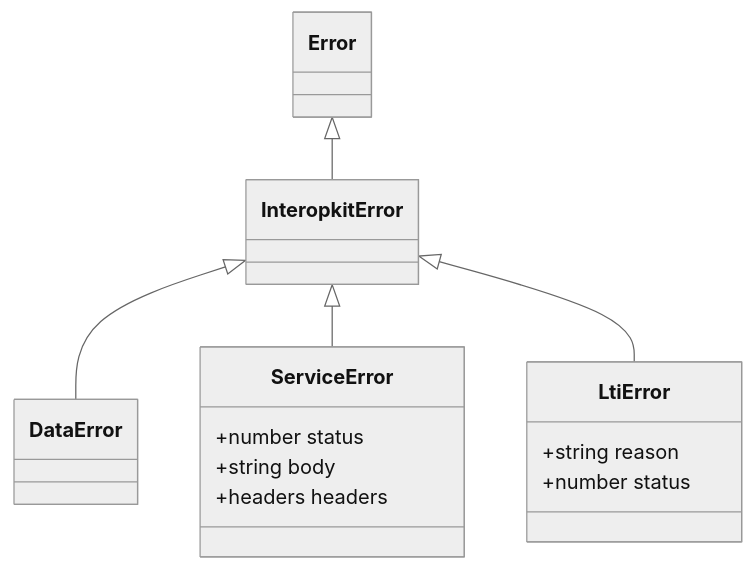
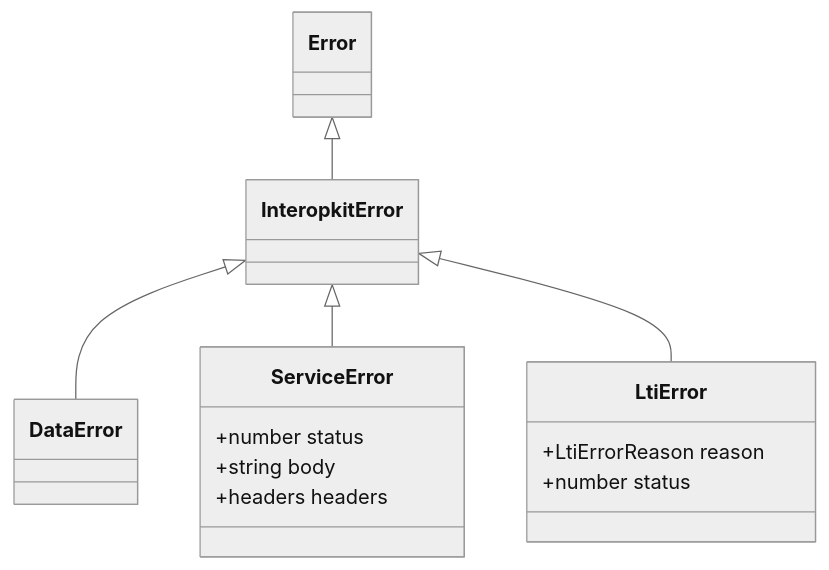
Before and after one commit to interopkit/interopkit: the diagram in docs/core/errors.md, drawn with Mermaid (neutral theme). The commit also changed other lines of this file and 85 other files, not shown here.

````diff
--- a/docs/core/errors.md
+++ b/docs/core/errors.md
@@ -6,16 +6,16 @@
 ```mermaid
 classDiagram
   Error <|-- InteropkitError
   InteropkitError <|-- DataError
   InteropkitError <|-- ServiceError
   InteropkitError <|-- LtiError
   class ServiceError {
     +number status
     +string body
     +headers headers
   }
   class LtiError {
-    +string reason
+    +LtiErrorReason reason
     +number status
   }
 ```
````
